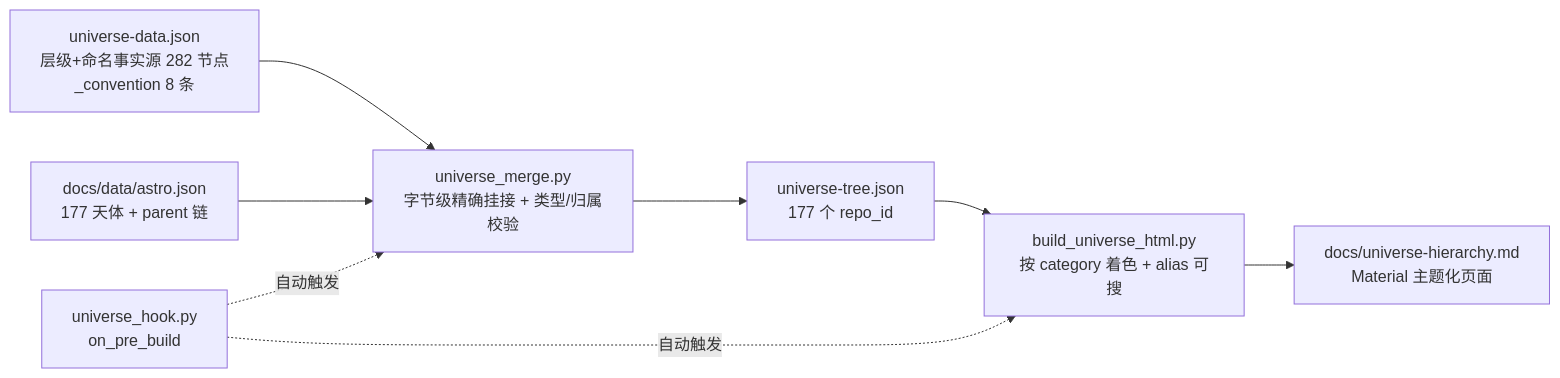
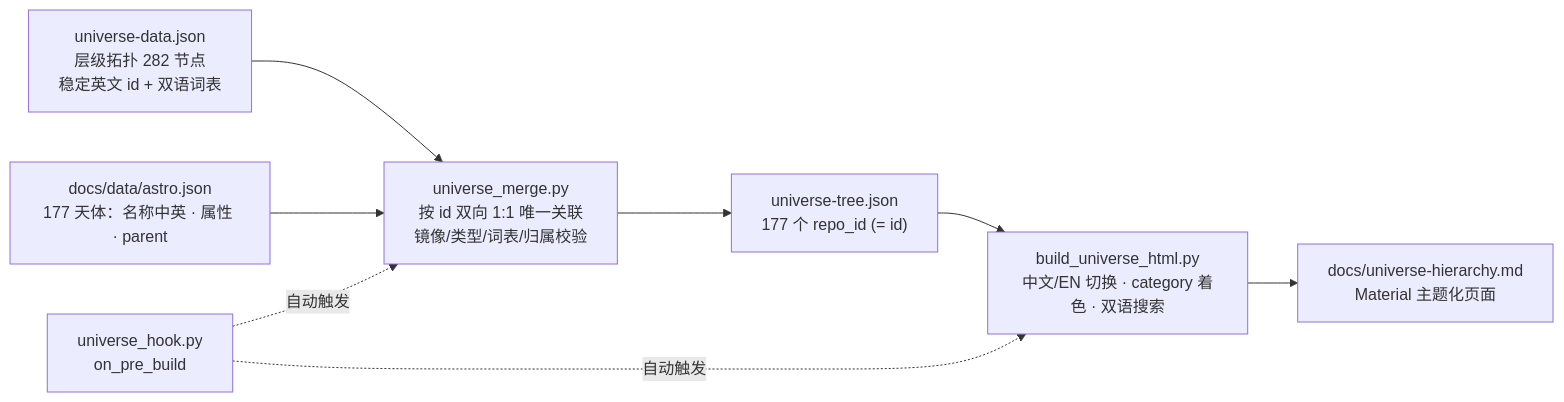
Before and after one commit to yufengwolf/astro-blog: the second of 2 diagrams in README.md, drawn with Mermaid. The commit also changed other lines of this file and 8 other files, not shown here.

````diff
--- a/README.md
+++ b/README.md
@@ -214,10 +227,10 @@
 ```mermaid
 flowchart LR
-    UD["universe-data.json<br/>层级+命名事实源 282 节点<br/>_convention 8 条"] --> M["universe_merge.py<br/>字节级精确挂接 + 类型/归属校验"]
-    AS["docs/data/astro.json<br/>177 天体 + parent 链"] --> M
-    M --> UT["universe-tree.json<br/>177 个 repo_id"]
-    UT --> B["build_universe_html.py<br/>按 category 着色 + alias 可搜"]
+    UD["universe-data.json<br/>层级拓扑 282 节点<br/>稳定英文 id + 双语词表"] --> M["universe_merge.py<br/>按 id 双向 1:1 唯一关联<br/>镜像/类型/词表/归属校验"]
+    AS["docs/data/astro.json<br/>177 天体：名称中英 · 属性 · parent"] --> M
+    M --> UT["universe-tree.json<br/>177 个 repo_id (= id)"]
+    UT --> B["build_universe_html.py<br/>中文/EN 切换 · category 着色 · 双语搜索"]
     B --> PG["docs/universe-hierarchy.md<br/>Material 主题化页面"]
     H["universe_hook.py<br/>on_pre_build"] -. 自动触发 .-> M
     H -. 自动触发 .-> B
 ```
````
